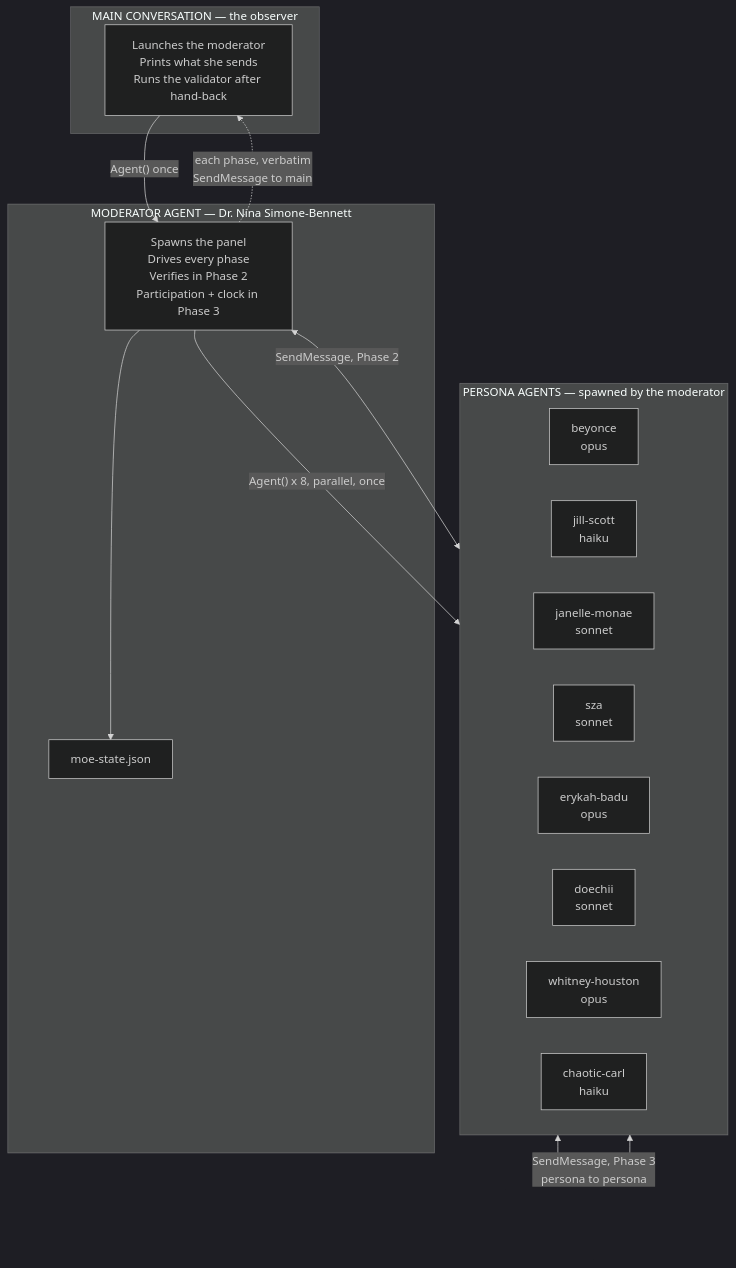
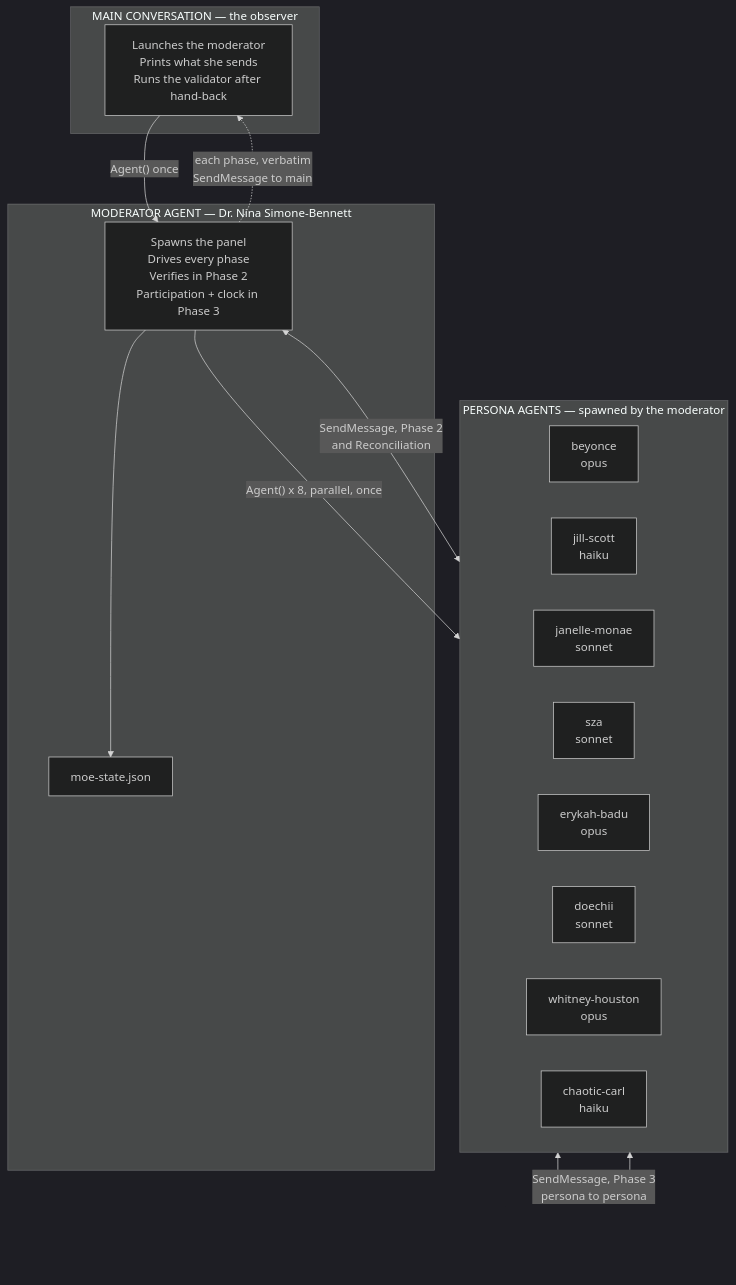
One commit to bgreg/moe-peer-review changed the first of 2 diagrams in docs/architecture.md. Above: the diagram before and after it, drawn with Mermaid (dark theme). The commit also changed other lines of this file and 10 other files, not shown here.

````diff
--- a/docs/architecture.md
+++ b/docs/architecture.md
@@ -49,29 +49,29 @@
 ```mermaid
 flowchart TB
     subgraph obs["MAIN CONVERSATION — the observer"]
         OBS["Launches the moderator<br/>Prints what she sends<br/>Runs the validator after hand-back"]
     end
 
     subgraph mod["MODERATOR AGENT — Dr. Nina Simone-Bennett"]
         MOD["Spawns the panel<br/>Drives every phase<br/>Verifies in Phase 2<br/>Participation + clock in Phase 3"]
         STATE["moe-state.json"]
         MOD --> STATE
     end
 
     subgraph subs["PERSONA AGENTS — spawned by the moderator"]
         B["beyonce<br/>opus"]
         J["jill-scott<br/>haiku"]
         JM["janelle-monae<br/>sonnet"]
         S["sza<br/>sonnet"]
         E["erykah-badu<br/>opus"]
         D["doechii<br/>sonnet"]
         W["whitney-houston<br/>opus"]
         C["chaotic-carl<br/>haiku"]
     end
 
     OBS -->|"Agent() once"| MOD
     MOD -.->|"each phase, verbatim<br/>SendMessage to main"| OBS
     MOD -->|"Agent() x 8, parallel, once"| subs
-    MOD <-->|"SendMessage, Phase 2"| subs
+    MOD <-->|"SendMessage, Phase 2<br/>and Reconciliation"| subs
     subs <-->|"SendMessage, Phase 3<br/>persona to persona"| subs
 ```
````
